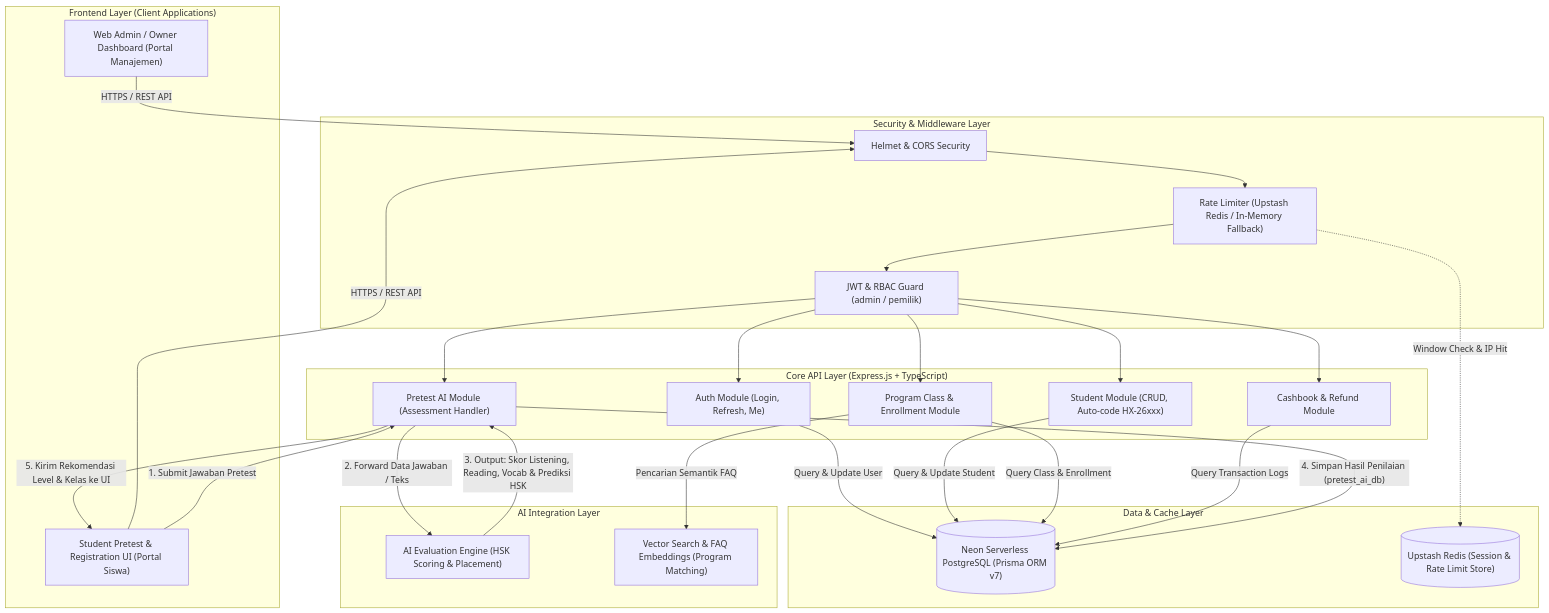
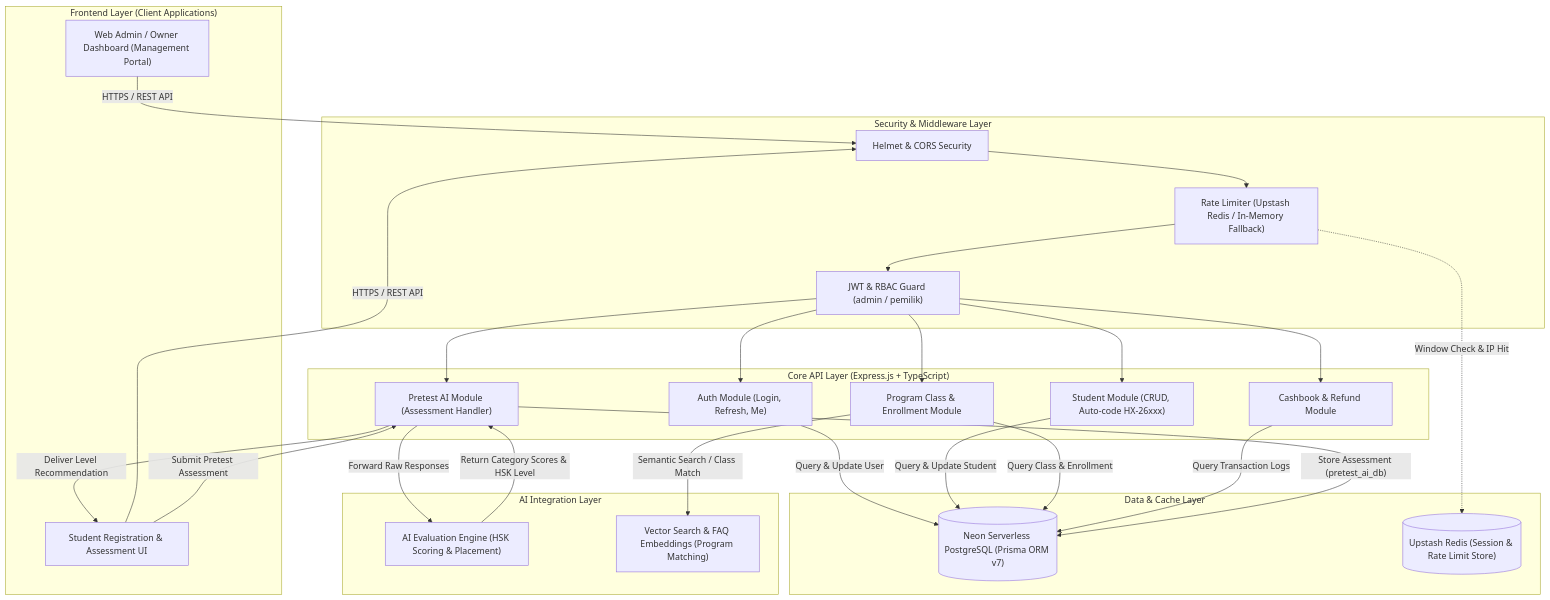
One commit to A26-CS063/haoxing-core-api changed the diagram in README.md. Above: the diagram before and after it, drawn with Mermaid. The commit also changed other lines of this file, not shown here.

Commit message:
docs(readme): translate documentation to english and streamline architecture flow

````diff
--- a/README.md
+++ b/README.md
@@ -27,61 +27,61 @@
 ```mermaid
 flowchart TD
     subgraph Client["Frontend Layer (Client Applications)"]
-        FE_Admin["Web Admin / Owner Dashboard (Portal Manajemen)"]
-        FE_Student["Student Pretest & Registration UI (Portal Siswa)"]
+        FE_Admin["Web Admin / Owner Dashboard (Management Portal)"]
+        FE_Student["Student Registration & Assessment UI"]
     end
 
     subgraph Security["Security & Middleware Layer"]
         MW_Cors["Helmet & CORS Security"]
         MW_RateLimit["Rate Limiter (Upstash Redis / In-Memory Fallback)"]
         MW_Auth["JWT & RBAC Guard (admin / pemilik)"]
     end
 
     subgraph Backend["Core API Layer (Express.js + TypeScript)"]
         MOD_Auth["Auth Module (Login, Refresh, Me)"]
         MOD_Student["Student Module (CRUD, Auto-code HX-26xxx)"]
         MOD_Class["Program Class & Enrollment Module"]
         MOD_Pretest["Pretest AI Module (Assessment Handler)"]
         MOD_Cashbook["Cashbook & Refund Module"]
     end
 
     subgraph DataStore["Data & Cache Layer"]
         DB_Postgres[("Neon Serverless PostgreSQL (Prisma ORM v7)")]
         CACHE_Redis[("Upstash Redis (Session & Rate Limit Store)")]
     end
 
     subgraph AIService["AI Integration Layer"]
         AI_Model["AI Evaluation Engine (HSK Scoring & Placement)"]
         AI_Vector["Vector Search & FAQ Embeddings (Program Matching)"]
     end
 
     %% Client to Security
     FE_Admin -->|"HTTPS / REST API"| MW_Cors
     FE_Student -->|"HTTPS / REST API"| MW_Cors
 
     %% Middleware pipeline
     MW_Cors --> MW_RateLimit
     MW_RateLimit --> MW_Auth
     MW_RateLimit -.->|"Window Check & IP Hit"| CACHE_Redis
 
     %% Middleware to Modules
     MW_Auth --> MOD_Auth
     MW_Auth --> MOD_Student
     MW_Auth --> MOD_Class
     MW_Auth --> MOD_Pretest
     MW_Auth --> MOD_Cashbook
 
     %% Modules to Database
     MOD_Auth -->|"Query & Update User"| DB_Postgres
     MOD_Student -->|"Query & Update Student"| DB_Postgres
     MOD_Class -->|"Query Class & Enrollment"| DB_Postgres
     MOD_Cashbook -->|"Query Transaction Logs"| DB_Postgres
 
     %% AI Integration Flow
-    FE_Student -->|"1. Submit Jawaban Pretest"| MOD_Pretest
-    MOD_Pretest -->|"2. Forward Data Jawaban / Teks"| AI_Model
-    AI_Model -->|"3. Output: Skor Listening, Reading, Vocab & Prediksi HSK"| MOD_Pretest
-    MOD_Pretest -->|"4. Simpan Hasil Penilaian (pretest_ai_db)"| DB_Postgres
-    MOD_Class -->|"Pencarian Semantik FAQ"| AI_Vector
-    MOD_Pretest -->|"5. Kirim Rekomendasi Level & Kelas ke UI"| FE_Student
+    FE_Student -->|"Submit Pretest Assessment"| MOD_Pretest
+    MOD_Pretest -->|"Forward Raw Responses"| AI_Model
+    AI_Model -->|"Return Category Scores & HSK Level"| MOD_Pretest
+    MOD_Pretest -->|"Store Assessment (pretest_ai_db)"| DB_Postgres
+    MOD_Class -->|"Semantic Search / Class Match"| AI_Vector
+    MOD_Pretest -->|"Deliver Level Recommendation"| FE_Student
 ```
````
